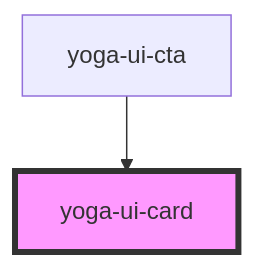
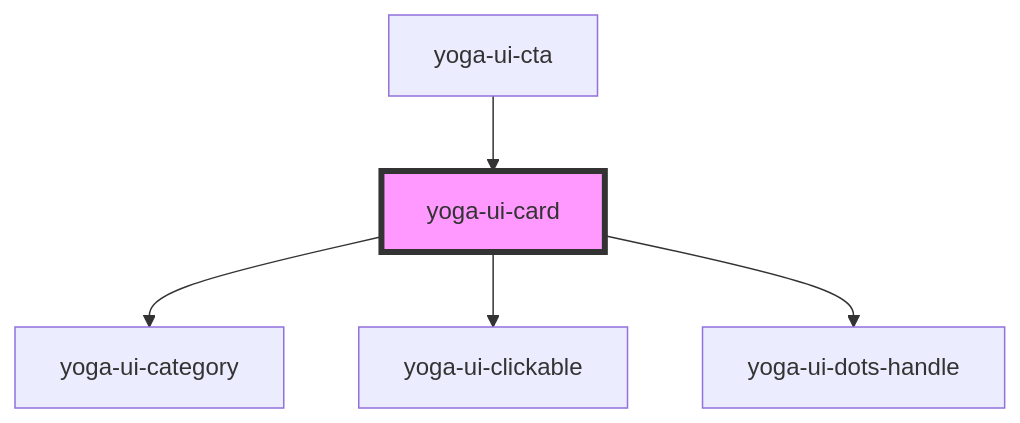
Before and after one commit to daphnesmit/yoga-ui: the diagram in src/components/yoga-ui-card/readme.md, drawn with Mermaid. The commit also changed other lines of this file and 38 other files, not shown here.

````diff
--- a/src/components/yoga-ui-card/readme.md
+++ b/src/components/yoga-ui-card/readme.md
@@ -15,5 +36,8 @@
 ```mermaid
 graph TD;
+  yoga-ui-card --> yoga-ui-category
+  yoga-ui-card --> yoga-ui-clickable
+  yoga-ui-card --> yoga-ui-dots-handle
   yoga-ui-cta --> yoga-ui-card
   style yoga-ui-card fill:#f9f,stroke:#333,stroke-width:4px
 ```
````
